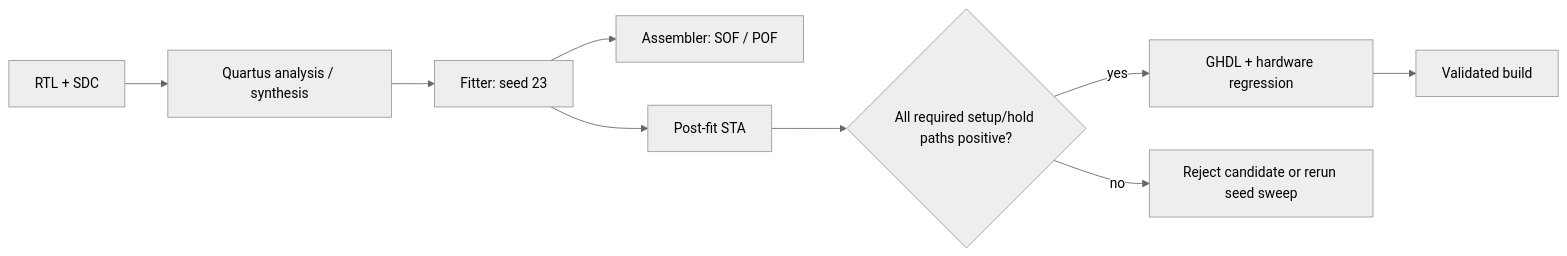
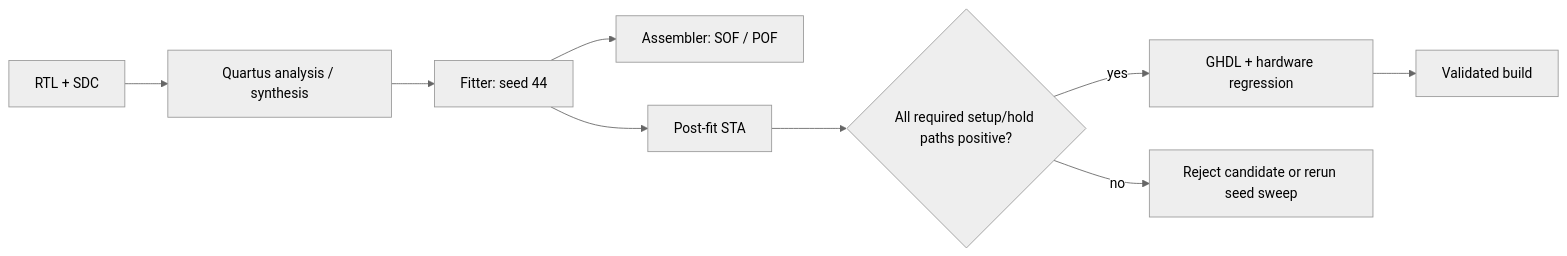
The diagram in docs/wiki/hdl/build-flow.md (frsr0/MAX1000-Logic-Analyzer), drawn with Mermaid (neutral theme) before and after one commit. The commit also changed other lines of this file and 7 other files, not shown here.

````diff
--- a/docs/wiki/hdl/build-flow.md
+++ b/docs/wiki/hdl/build-flow.md
@@ -108,11 +108,11 @@
 ```mermaid
 flowchart LR
     RTL["RTL + SDC"] --> SYN["Quartus analysis / synthesis"]
-    SYN --> FIT["Fitter: seed 23"]
+    SYN --> FIT["Fitter: seed 44"]
     FIT --> ASM["Assembler: SOF / POF"]
     FIT --> STA["Post-fit STA"]
     STA --> GATE{"All required setup/hold paths positive?"}
     GATE -->|"yes"| TEST["GHDL + hardware regression"]
     GATE -->|"no"| CHANGE["Reject candidate or rerun seed sweep"]
     TEST --> SIGNOFF["Validated build"]
 ```
````
